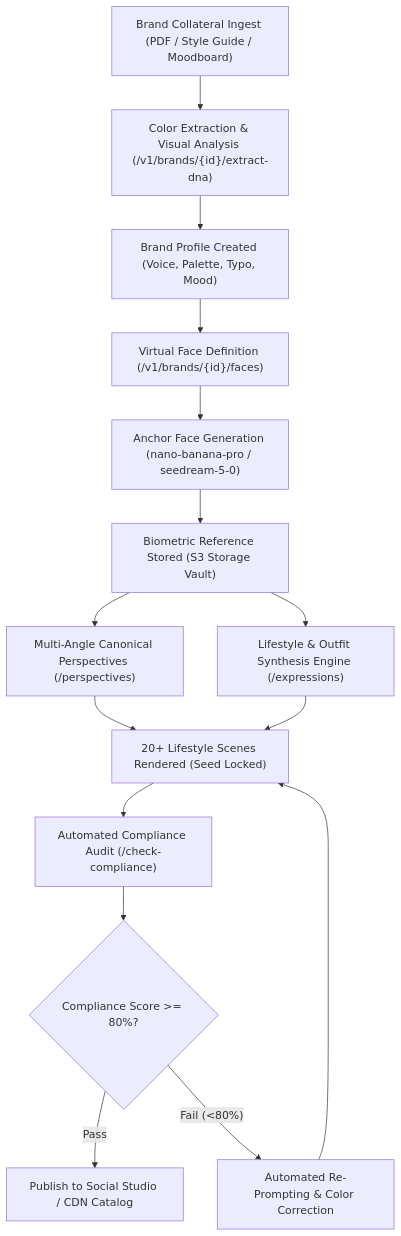
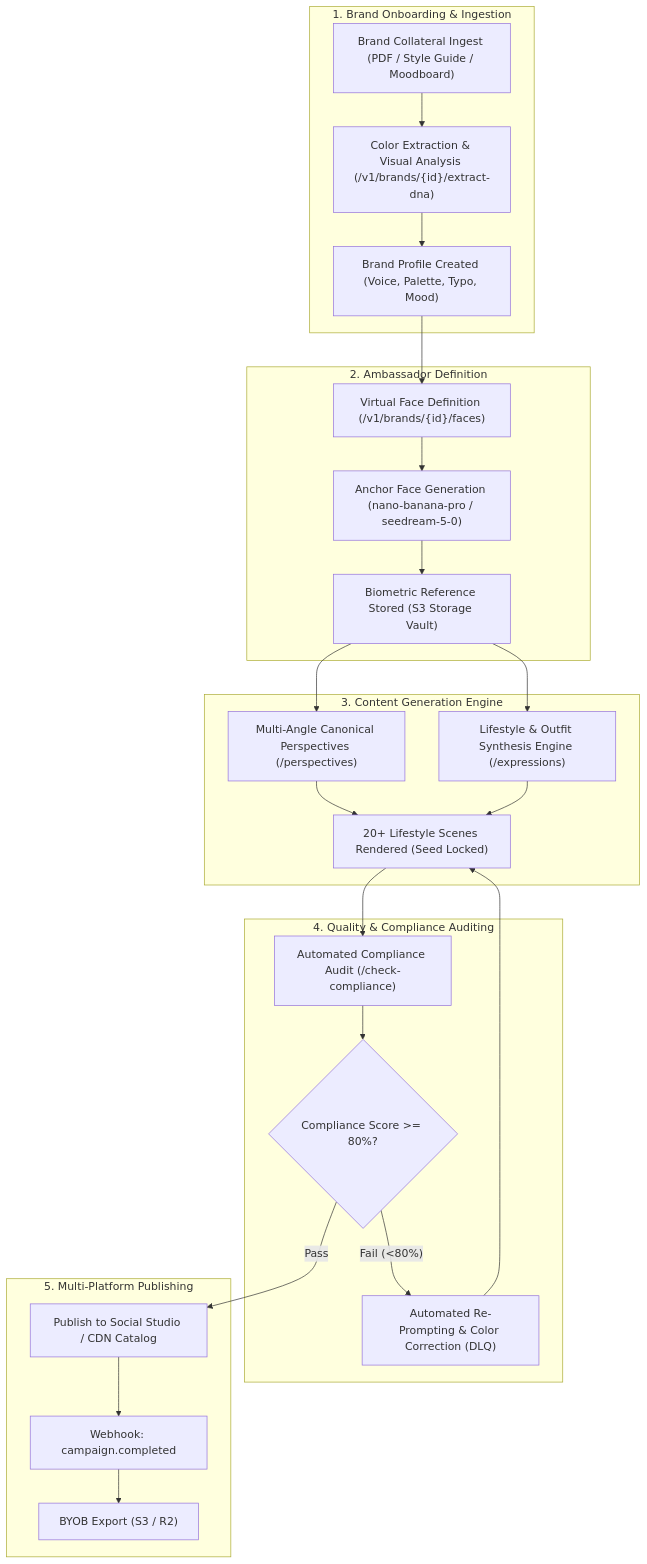
One commit to fotohubapp/docs changed the diagram in recipes/brand-dna-virtual-influencers.md. Above: the diagram before and after it, drawn with Mermaid. The commit also changed other lines of this file and 61 other files, not shown here.

````diff
--- a/recipes/brand-dna-virtual-influencers.md
+++ b/recipes/brand-dna-virtual-influencers.md
@@ -11,16 +11,33 @@
 ```mermaid
 flowchart TD
-    A["Brand Collateral Ingest (PDF / Style Guide / Moodboard)"] --> B["Color Extraction & Visual Analysis (/v1/brands/{id}/extract-dna)"]
-    B --> C["Brand Profile Created (Voice, Palette, Typo, Mood)"]
-    C --> D["Virtual Face Definition (/v1/brands/{id}/faces)"]
-    D --> E["Anchor Face Generation (nano-banana-pro / seedream-5-0)"]
-    E --> F["Biometric Reference Stored (S3 Storage Vault)"]
-    F --> G["Multi-Angle Canonical Perspectives (/perspectives)"]
-    F --> H["Lifestyle & Outfit Synthesis Engine (/expressions)"]
-    G & H --> I["20+ Lifestyle Scenes Rendered (Seed Locked)"]
-    I --> J["Automated Compliance Audit (/check-compliance)"]
-    J --> K{"Compliance Score >= 80%?"}
-    K -->|"Pass"| L["Publish to Social Studio / CDN Catalog"]
-    K -->|"Fail (<80%)"| M["Automated Re-Prompting & Color Correction"]
-    M --> I
+    subgraph Ingestion["1. Brand Onboarding & Ingestion"]
+        A["Brand Collateral Ingest (PDF / Style Guide / Moodboard)"]
+        A --> B["Color Extraction & Visual Analysis (/v1/brands/{id}/extract-dna)"]
+        B --> C["Brand Profile Created (Voice, Palette, Typo, Mood)"]
+    end
+    
+    subgraph Definition["2. Ambassador Definition"]
+        C --> D["Virtual Face Definition (/v1/brands/{id}/faces)"]
+        D --> E["Anchor Face Generation (nano-banana-pro / seedream-5-0)"]
+        E --> F["Biometric Reference Stored (S3 Storage Vault)"]
+    end
+    
+    subgraph Generation["3. Content Generation Engine"]
+        F --> G["Multi-Angle Canonical Perspectives (/perspectives)"]
+        F --> H["Lifestyle & Outfit Synthesis Engine (/expressions)"]
+        G & H --> I["20+ Lifestyle Scenes Rendered (Seed Locked)"]
+    end
+    
+    subgraph Audit["4. Quality & Compliance Auditing"]
+        I --> J["Automated Compliance Audit (/check-compliance)"]
+        J --> K{"Compliance Score >= 80%?"}
+        K -->|"Fail (<80%)"| M["Automated Re-Prompting & Color Correction (DLQ)"]
+        M --> I
+    end
+    
+    subgraph Publishing["5. Multi-Platform Publishing"]
+        K -->|"Pass"| L["Publish to Social Studio / CDN Catalog"]
+        L --> N["Webhook: campaign.completed"]
+        N --> O["BYOB Export (S3 / R2)"]
+    end
 ```
````
